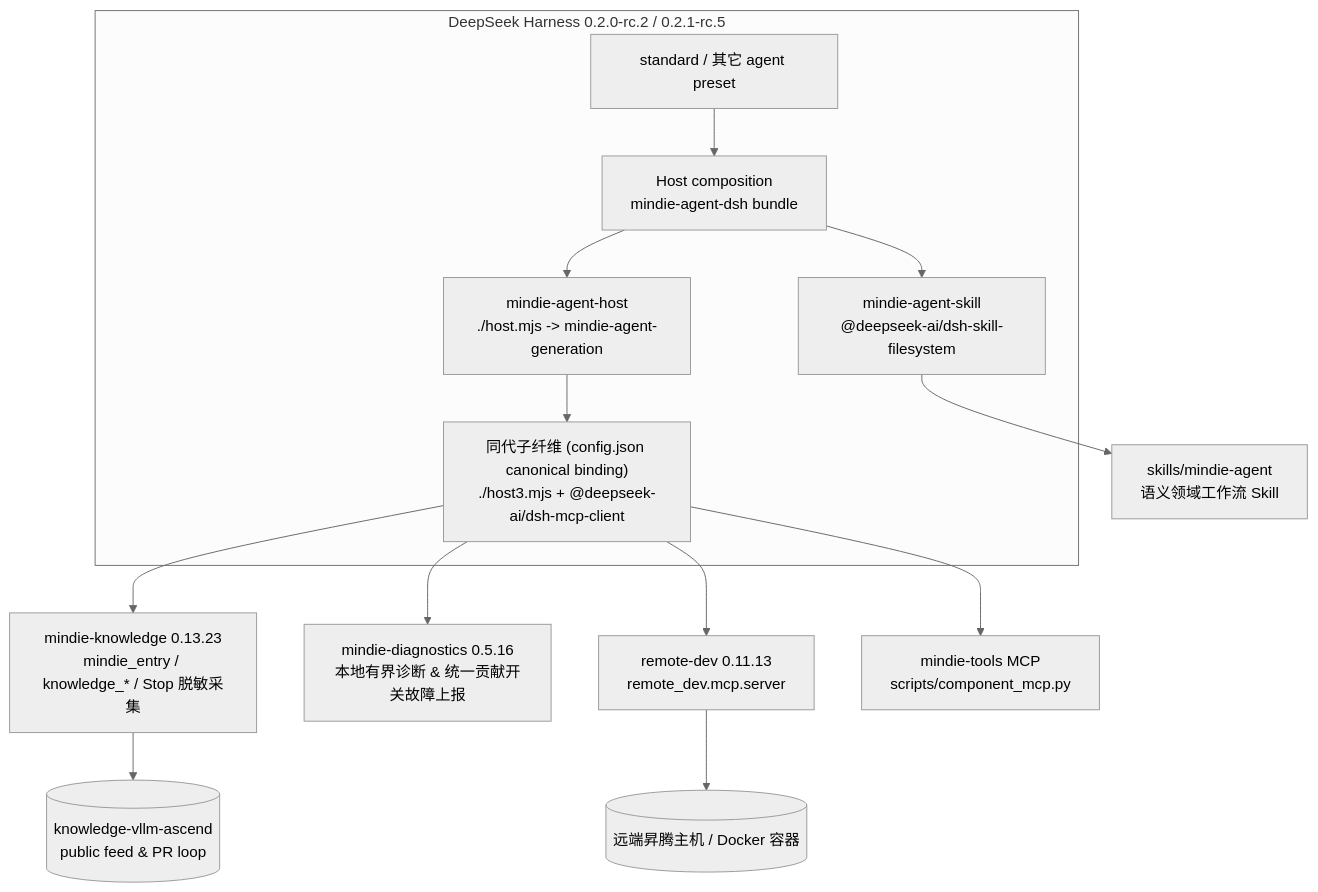
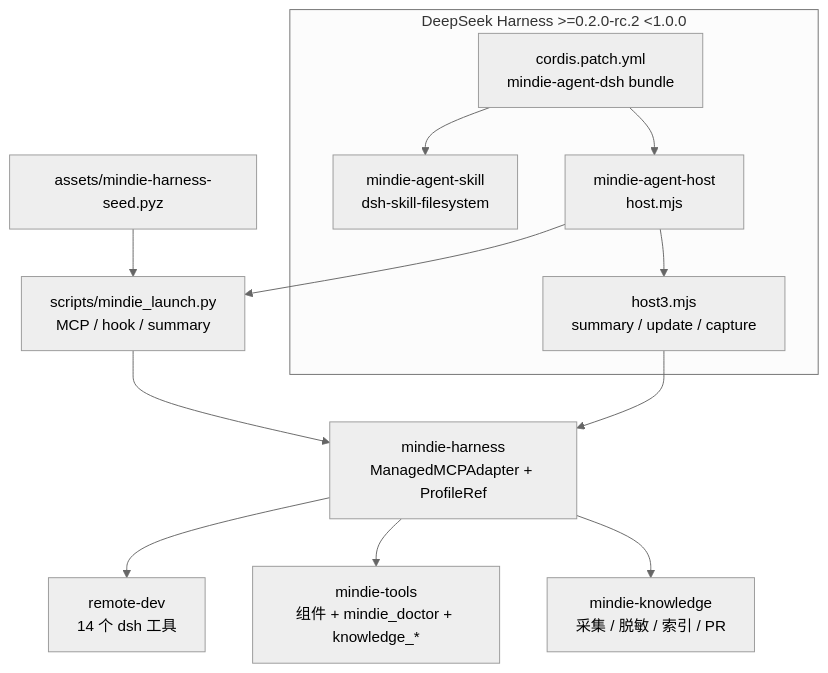
The diagram in README.md (mindie-agent/mindie-agent-dsh), drawn with Mermaid (neutral theme) before and after one commit. The commit also changed other lines of this file and 111 other files, not shown here.

First line of the commit message:
feat(ux): Great Subtraction thin host plugin, 1:1 remote profile, and 3-tier privacy (v0.1.26) (#56)

````diff
--- a/README.md
+++ b/README.md
@@ -169,21 +99,19 @@
 ```mermaid
 flowchart TB
-  subgraph DSH["DeepSeek Harness 0.2.0-rc.2 / 0.2.1-rc.5"]
-    HOST["Host composition<br/>mindie-agent-dsh bundle"]
-    STD["standard / 其它 agent preset"]
-    SKILL["mindie-agent-skill<br/>@deepseek-ai/dsh-skill-filesystem"]
-    HPLUG["mindie-agent-host<br/>./host.mjs -> mindie-agent-generation"]
-    GEN["同代子纤维 (config.json canonical binding)<br/>./host3.mjs + @deepseek-ai/dsh-mcp-client"]
-    STD --> HOST
-    HOST --> SKILL
-    HOST --> HPLUG
-    HPLUG --> GEN
+  subgraph DSH["DeepSeek Harness >=0.2.0-rc.2 <1.0.0"]
+    BUNDLE["cordis.patch.yml<br/>mindie-agent-dsh bundle"]
+    SKILL["mindie-agent-skill<br/>dsh-skill-filesystem"]
+    HOST["mindie-agent-host<br/>host.mjs"]
+    GEN["host3.mjs<br/>summary / update / capture"]
+    BUNDLE --> SKILL
+    BUNDLE --> HOST
+    HOST --> GEN
   end
-  SKILL --> SK["skills/mindie-agent<br/>语义领域工作流 Skill"]
-  GEN --> KS["mindie-knowledge 0.13.23<br/>mindie_entry / knowledge_* / Stop 脱敏采集"]
-  GEN --> DIAG["mindie-diagnostics 0.5.16<br/>本地有界诊断 & 统一贡献开关故障上报"]
-  KS --> FEED[("knowledge-vllm-ascend<br/>public feed & PR loop")]
-  GEN --> RD["remote-dev 0.11.13<br/>remote_dev.mcp.server"]
-  GEN --> MT["mindie-tools MCP<br/>scripts/component_mcp.py"]
-  RD --> NPU[("远端昇腾主机 / Docker 容器")]
+  HOST --> LAUNCH["scripts/mindie_launch.py<br/>MCP / hook / summary"]
+  LAUNCH --> HARNESS["mindie-harness<br/>ManagedMCPAdapter + ProfileRef"]
+  GEN --> HARNESS
+  HARNESS --> RD["remote-dev<br/>14 个 dsh 工具"]
+  HARNESS --> MT["mindie-tools<br/>组件 + mindie_doctor + knowledge_*"]
+  HARNESS --> KS["mindie-knowledge<br/>采集 / 脱敏 / 索引 / PR"]
+  SEED["assets/mindie-harness-seed.pyz"] --> LAUNCH
 ```
````
